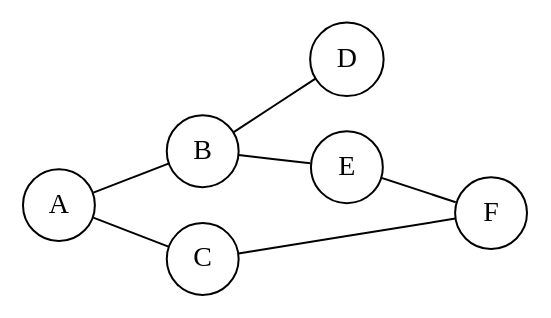
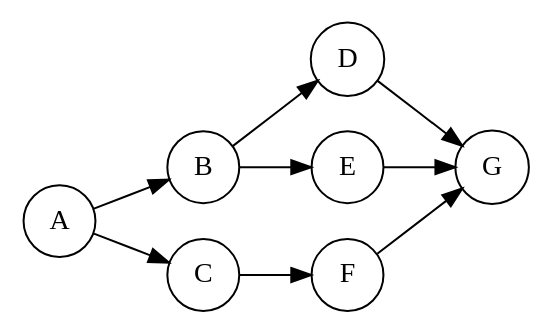
The diagram in graph.dot (ghorpademanasi2007/IAI_SLE2), drawn with Graphviz before and after one commit.

Commit message:
Update graph for revised BFS DFS performance experiment

```diff
--- a/graph.dot
+++ b/graph.dot
@@ -1,14 +1,17 @@
-graph BFS_DFS {
+digraph BFS_DFS {
     rankdir=LR;
     node [shape=circle];
 
-    A -- B;
-    A -- C;
-    B -- D;
-    B -- E;
-    C -- F;
-    E -- F;
+    A -> B;
+    A -> C;
+    B -> D;
+    B -> E;
+    C -> F;
+    D -> G;
+    E -> G;
+    F -> G;
 }
 
-// BFS from A: A -> B -> C -> D -> E -> F
-// DFS from A: A -> B -> D -> E -> F -> C
+// Best target: A
+// Average target: E
+// Worst target: Z (not present)
```
